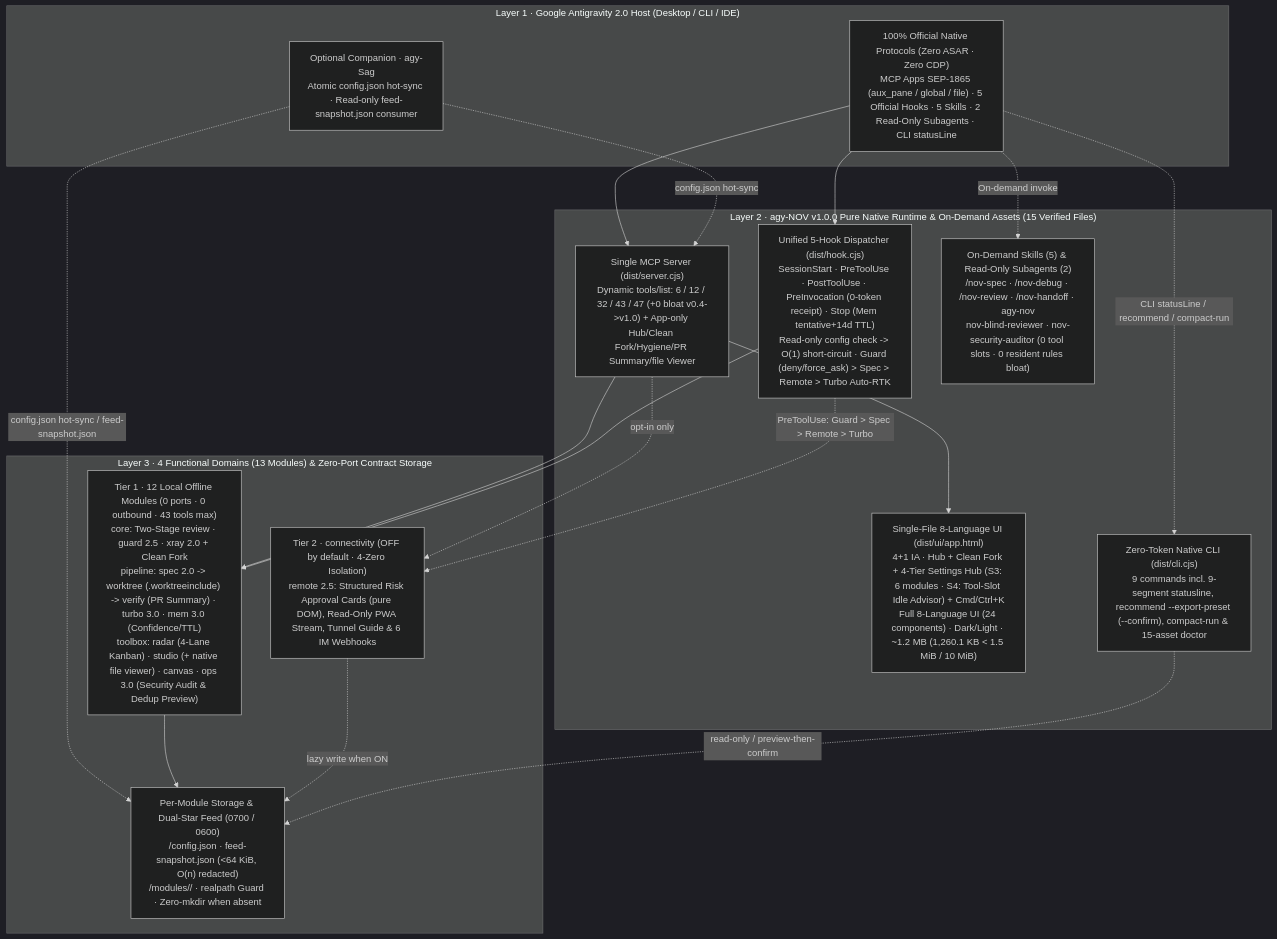
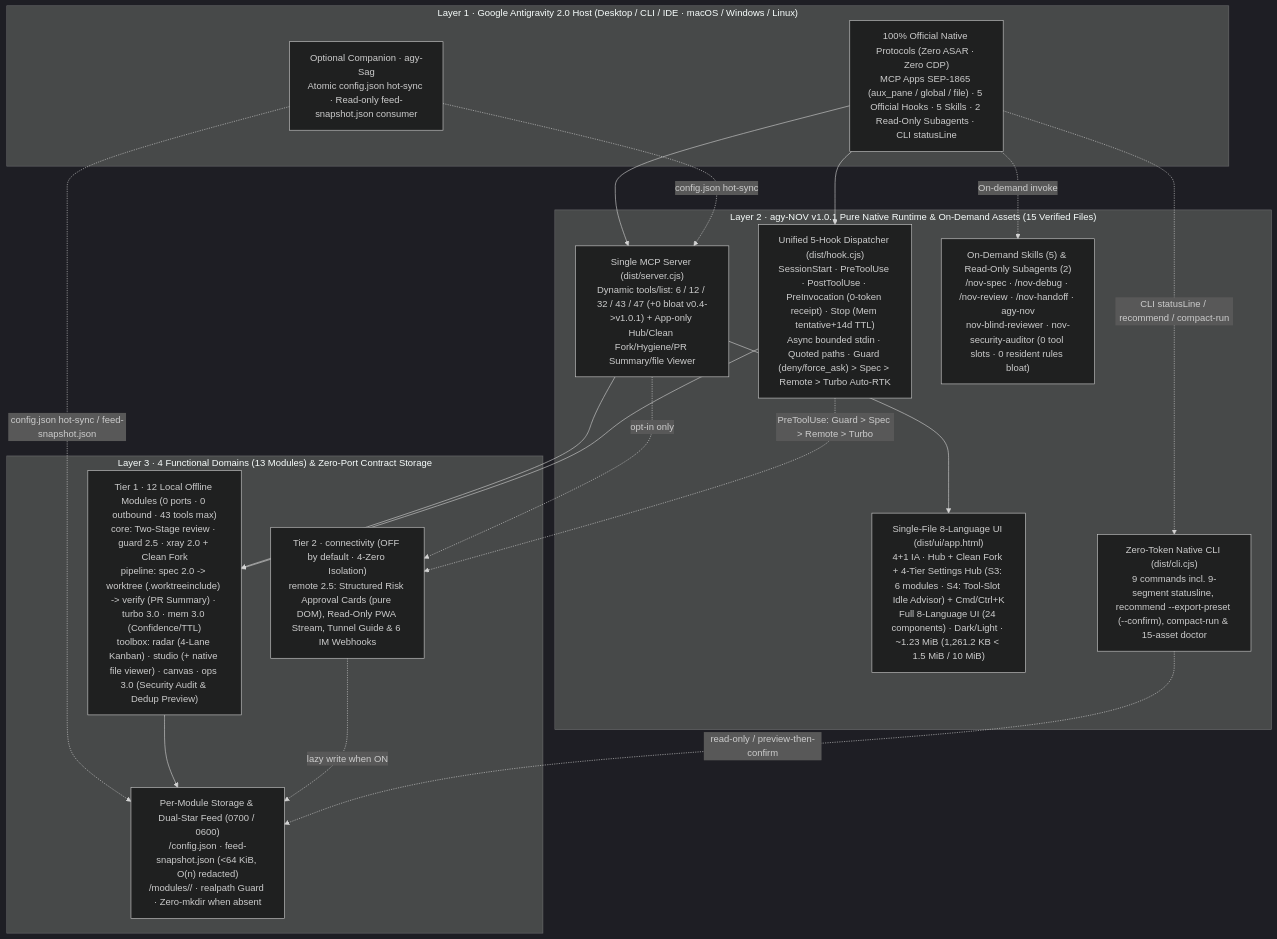
The diagram in README.md (tone-leh/agy-NOV), drawn with Mermaid (dark theme) before and after one commit. The commit also changed other lines of this file and 69 other files, not shown here.

Commit message:
fix(v1.0.1): Windows/Linux full cross-platform support and agy-Sag companion links

````diff
--- a/README.md
+++ b/README.md
@@ -255,36 +264,36 @@
 ```mermaid
 flowchart TB
-  subgraph L1["Layer 1 · Google Antigravity 2.0 Host (Desktop / CLI / IDE)"]
+  subgraph L1["Layer 1 · Google Antigravity 2.0 Host (Desktop / CLI / IDE · macOS / Windows / Linux)"]
     Host["100% Official Native Protocols (Zero ASAR · Zero CDP)\nMCP Apps SEP-1865 (aux_pane / global / file) · 5 Official Hooks · 5 Skills · 2 Read-Only Subagents · CLI statusLine"]
     Sag["Optional Companion · agy-Sag\nAtomic config.json hot-sync · Read-only feed-snapshot.json consumer"]
   end
 
-  subgraph L2["Layer 2 · agy-NOV v1.0.0 Pure Native Runtime & On-Demand Assets (15 Verified Files)"]
-    MCP["Single MCP Server (dist/server.cjs)\nDynamic tools/list: 6 / 12 / 32 / 43 / 47 (+0 bloat v0.4->v1.0) + App-only Hub/Clean Fork/Hygiene/PR Summary/file Viewer"]
-    Hook["Unified 5-Hook Dispatcher (dist/hook.cjs)\nSessionStart · PreToolUse · PostToolUse · PreInvocation (0-token receipt) · Stop (Mem tentative+14d TTL)\nRead-only config check -> O(1) short-circuit · Guard (deny/force_ask) > Spec > Remote > Turbo Auto-RTK"]
-    UI["Single-File 8-Language UI (dist/ui/app.html)\n4+1 IA · Hub + Clean Fork + 4-Tier Settings Hub (S3: 6 modules · S4: Tool-Slot Idle Advisor) + Cmd/Ctrl+K\nFull 8-Language UI (24 components) · Dark/Light · ~1.2 MB (1,260.1 KB < 1.5 MiB / 10 MiB)"]
+  subgraph L2["Layer 2 · agy-NOV v1.0.1 Pure Native Runtime & On-Demand Assets (15 Verified Files)"]
+    MCP["Single MCP Server (dist/server.cjs)\nDynamic tools/list: 6 / 12 / 32 / 43 / 47 (+0 bloat v0.4->v1.0.1) + App-only Hub/Clean Fork/Hygiene/PR Summary/file Viewer"]
+    Hook["Unified 5-Hook Dispatcher (dist/hook.cjs)\nSessionStart · PreToolUse · PostToolUse · PreInvocation (0-token receipt) · Stop (Mem tentative+14d TTL)\nAsync bounded stdin · Quoted paths · Guard (deny/force_ask) > Spec > Remote > Turbo Auto-RTK"]
+    UI["Single-File 8-Language UI (dist/ui/app.html)\n4+1 IA · Hub + Clean Fork + 4-Tier Settings Hub (S3: 6 modules · S4: Tool-Slot Idle Advisor) + Cmd/Ctrl+K\nFull 8-Language UI (24 components) · Dark/Light · ~1.23 MiB (1,261.2 KB < 1.5 MiB / 10 MiB)"]
     Playbooks["On-Demand Skills (5) & Read-Only Subagents (2)\n/nov-spec · /nov-debug · /nov-review · /nov-handoff · agy-nov\nnov-blind-reviewer · nov-security-auditor (0 tool slots · 0 resident rules bloat)"]
     CLI["Zero-Token Native CLI (dist/cli.cjs)\n9 commands incl. 9-segment statusline, recommend --export-preset (--confirm), compact-run & 15-asset doctor"]
   end
 
   subgraph L3["Layer 3 · 4 Functional Domains (13 Modules) & Zero-Port Contract Storage"]
     T1["Tier 1 · 12 Local Offline Modules (0 ports · 0 outbound · 43 tools max)\ncore: Two-Stage review · guard 2.5 · xray 2.0 + Clean Fork\npipeline: spec 2.0 -> worktree (.worktreeinclude) -> verify (PR Summary) · turbo 3.0 · mem 3.0 (Confidence/TTL)\ntoolbox: radar (4-Lane Kanban) · studio (+ native file viewer) · canvas · ops 3.0 (Security Audit & Dedup Preview)"]
     T2R["Tier 2 · connectivity (OFF by default · 4-Zero Isolation)\nremote 2.5: Structured Risk Approval Cards (pure DOM), Read-Only PWA Stream, Tunnel Guide & 6 IM Webhooks"]
     Store["Per-Module Storage & Dual-Star Feed (0700 / 0600)\n<dataDir>/config.json · feed-snapshot.json (<64 KiB, O(n) redacted)\n<dataDir>/modules/<id>/ · realpath Guard · Zero-mkdir when absent"]
   end
 
   Host --> MCP
   Host --> Hook
   Host -. "On-demand invoke" .-> Playbooks
   Host -. "CLI statusLine / recommend / compact-run" .-> CLI
   Sag -. "config.json hot-sync / feed-snapshot.json" .-> Store
   Sag -. "config.json hot-sync" .-> MCP
   MCP --> UI
   MCP --> T1
   MCP -. "opt-in only" .-> T2R
   Hook --> T1
   Hook -. "PreToolUse: Guard > Spec > Remote > Turbo" .-> T2R
   T1 --> Store
   T2R -. "lazy write when ON" .-> Store
   CLI -. "read-only / preview-then-confirm" .-> Store
 ```
````
